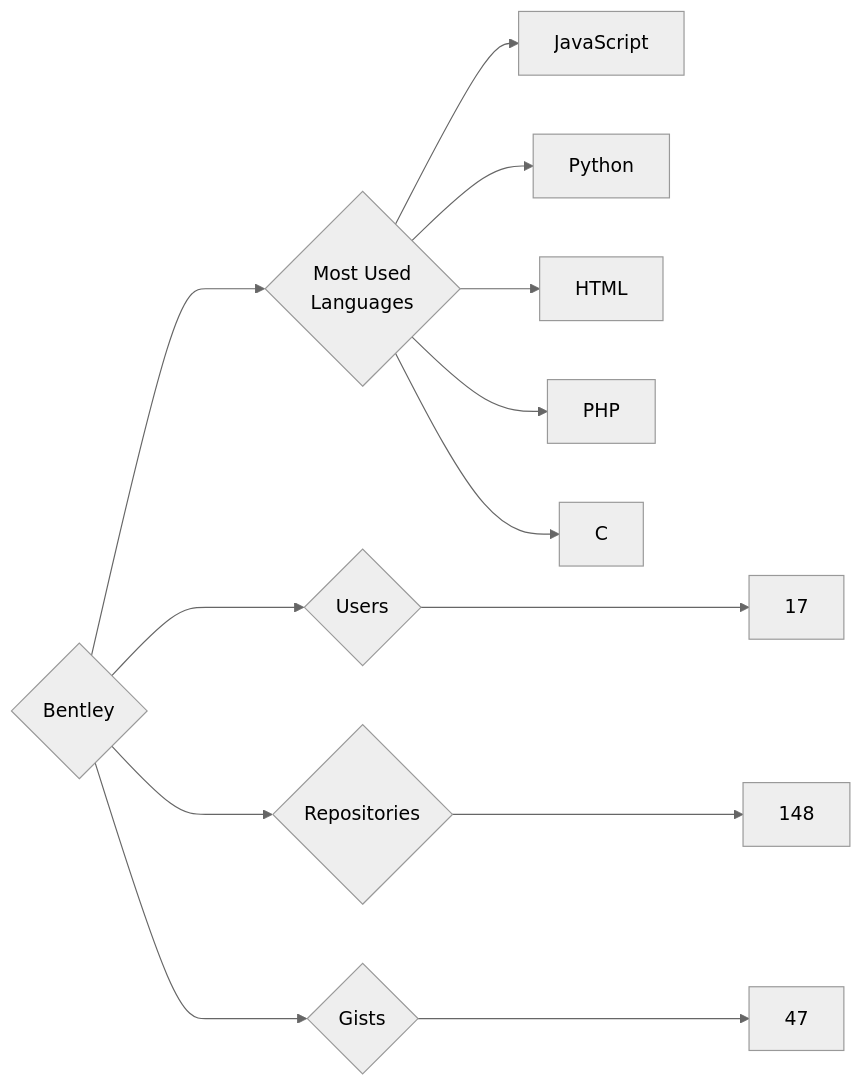
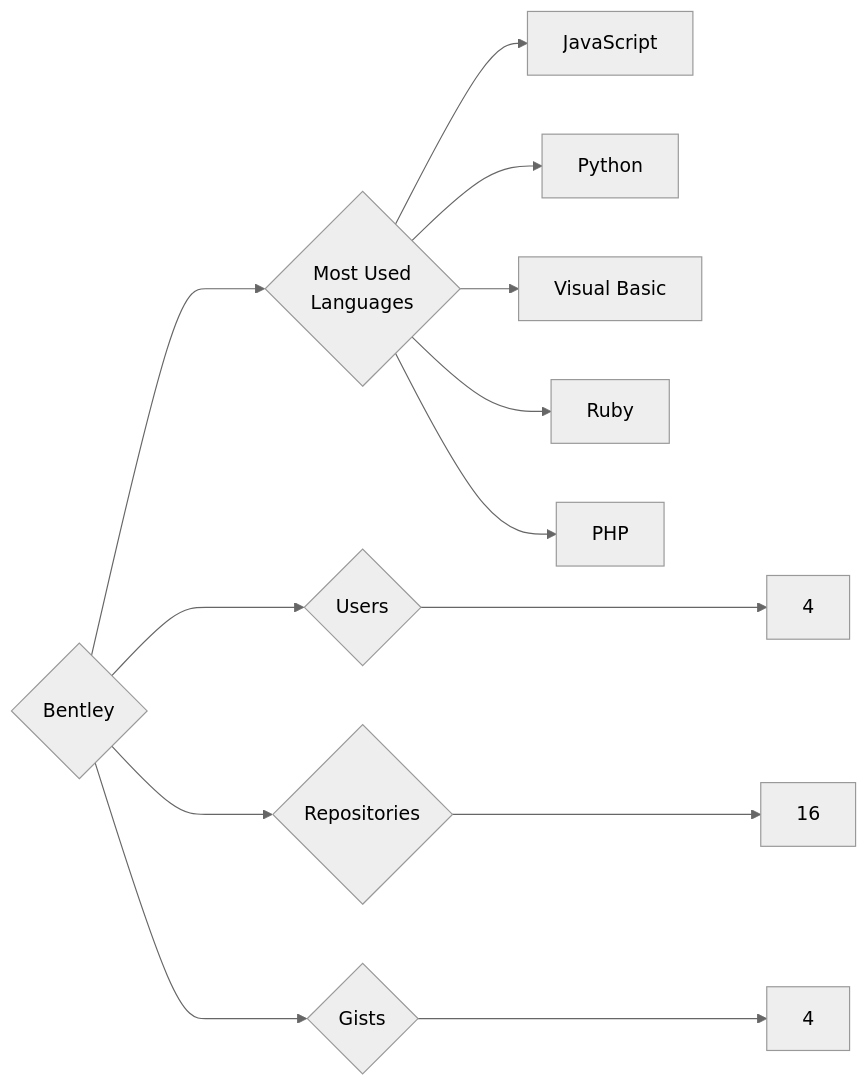
Before and after one commit to trickest/insiders: the diagram in targets/Bentley/README.md, drawn with Mermaid (neutral theme). The commit also changed 823 other files, not shown here.

````diff
--- a/targets/Bentley/README.md
+++ b/targets/Bentley/README.md
@@ -3,13 +3,13 @@
 ```mermaid
 graph LR
 COMPANY_NAME{Bentley}
-COMPANY_NAME ---> U{Users} ---> UN[17]
-COMPANY_NAME ---> R{Repositories} ---> RN[148]
-COMPANY_NAME ---> G{Gists} ---> GN[47]
+COMPANY_NAME ---> U{Users} ---> UN[4]
+COMPANY_NAME ---> R{Repositories} ---> RN[16]
+COMPANY_NAME ---> G{Gists} ---> GN[4]
 COMPANY_NAME ---> ML{Most Used<br>Languages}
 ML --> JavaScript[JavaScript]
 ML --> Python[Python]
-ML --> HTML[HTML]
+ML --> Visual_Basic[Visual Basic]
+ML --> Ruby[Ruby]
 ML --> PHP[PHP]
-ML --> C[C]
 ```
````
